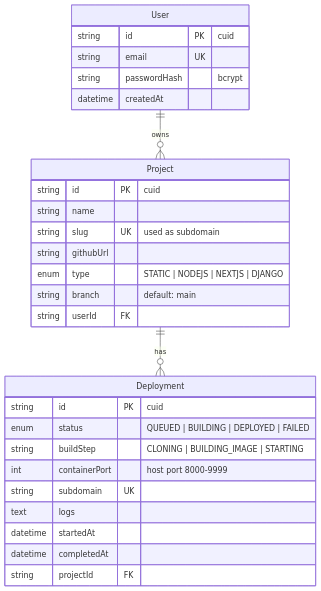
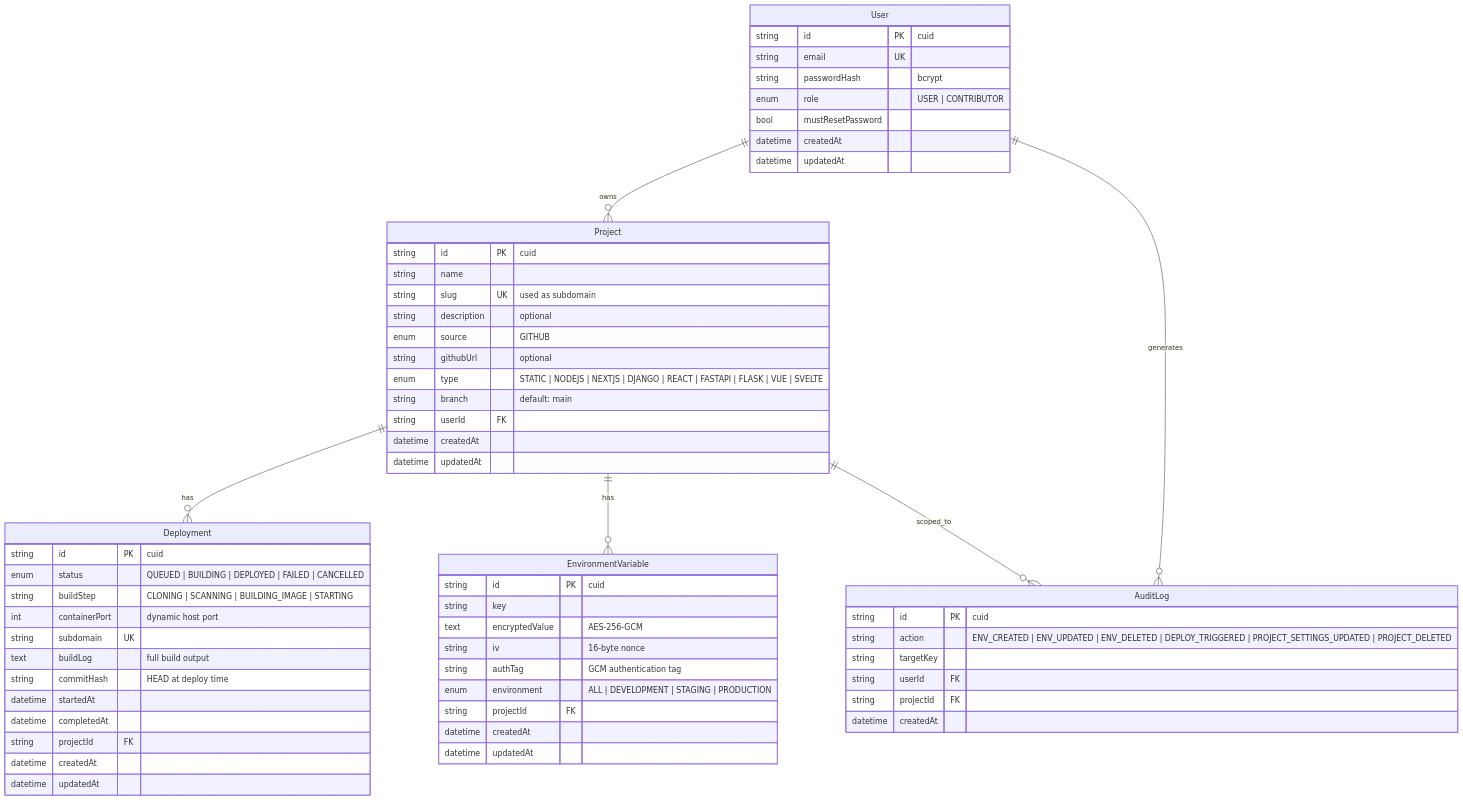
Before and after one commit to kpndevrootentri/dropdeploy: the third of 10 diagrams in docs/HOW-IT-WORKS.md, drawn with Mermaid. The commit also changed other lines of this file and 23 other files, not shown here.

````diff
--- a/docs/HOW-IT-WORKS.md
+++ b/docs/HOW-IT-WORKS.md
@@ -74,34 +78,68 @@
 ```mermaid
 erDiagram
     User ||--o{ Project : owns
+    User ||--o{ AuditLog : generates
     Project ||--o{ Deployment : has
+    Project ||--o{ EnvironmentVariable : has
+    Project ||--o{ AuditLog : scoped_to
 
     User {
         string id PK "cuid"
         string email UK
         string passwordHash "bcrypt"
+        enum role "USER | CONTRIBUTOR"
+        bool mustResetPassword
         datetime createdAt
+        datetime updatedAt
     }
 
     Project {
         string id PK "cuid"
         string name
         string slug UK "used as subdomain"
-        string githubUrl
-        enum type "STATIC | NODEJS | NEXTJS | DJANGO"
+        string description "optional"
+        enum source "GITHUB"
+        string githubUrl "optional"
+        enum type "STATIC | NODEJS | NEXTJS | DJANGO | REACT | FASTAPI | FLASK | VUE | SVELTE"
         string branch "default: main"
         string userId FK
+        datetime createdAt
+        datetime updatedAt
     }
 
     Deployment {
         string id PK "cuid"
-        enum status "QUEUED | BUILDING | DEPLOYED | FAILED"
-        string buildStep "CLONING | BUILDING_IMAGE | STARTING"
-        int containerPort "host port 8000-9999"
+        enum status "QUEUED | BUILDING | DEPLOYED | FAILED | CANCELLED"
+        string buildStep "CLONING | SCANNING | BUILDING_IMAGE | STARTING"
+        int containerPort "dynamic host port"
         string subdomain UK
-        text logs
+        text buildLog "full build output"
+        string commitHash "HEAD at deploy time"
         datetime startedAt
         datetime completedAt
         string projectId FK
+        datetime createdAt
+        datetime updatedAt
+    }
+
+    EnvironmentVariable {
+        string id PK "cuid"
+        string key
+        text encryptedValue "AES-256-GCM"
+        string iv "16-byte nonce"
+        string authTag "GCM authentication tag"
+        enum environment "ALL | DEVELOPMENT | STAGING | PRODUCTION"
+        string projectId FK
+        datetime createdAt
+        datetime updatedAt
+    }
+
+    AuditLog {
+        string id PK "cuid"
+        string action "ENV_CREATED | ENV_UPDATED | ENV_DELETED | DEPLOY_TRIGGERED | PROJECT_SETTINGS_UPDATED | PROJECT_DELETED"
+        string targetKey
+        string userId FK
+        string projectId FK
+        datetime createdAt
     }
 ```
````
